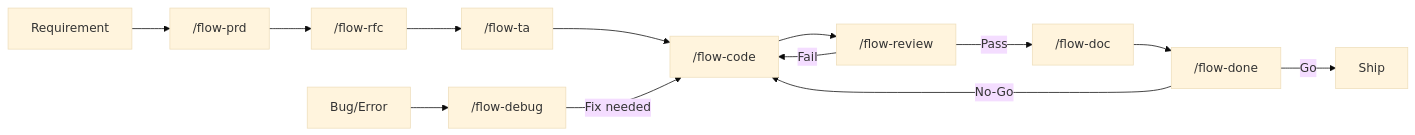
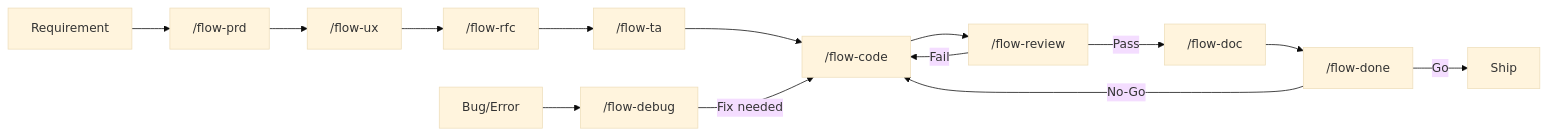
Before and after one commit to viniciuscarneiro/ai-dev-flow: the diagram in ai-dev-flow/PLAYBOOK.md, drawn with Mermaid (base theme). The commit also changed other lines of this file and 26 other files, not shown here.

First line of the commit message:
Add /flow-ux — UX/UI Design Specification step (#8)

````diff
--- a/ai-dev-flow/PLAYBOOK.md
+++ b/ai-dev-flow/PLAYBOOK.md
@@ -22,16 +23,17 @@
 ```mermaid
 graph LR
     A[Requirement] --> B["/flow-prd"]
-    B --> C["/flow-rfc"]
+    B --> B2["/flow-ux"]
+    B2 --> C["/flow-rfc"]
     C --> D["/flow-ta"]
     D --> E["/flow-code"]
     E --> F["/flow-review"]
     F -->|Pass| G["/flow-doc"]
     F -->|Fail| E
     G --> H["/flow-done"]
     H -->|Go| I[Ship]
     H -->|No-Go| E
 
     J[Bug/Error] --> K["/flow-debug"]
     K -->|Fix needed| E
 ```
````
